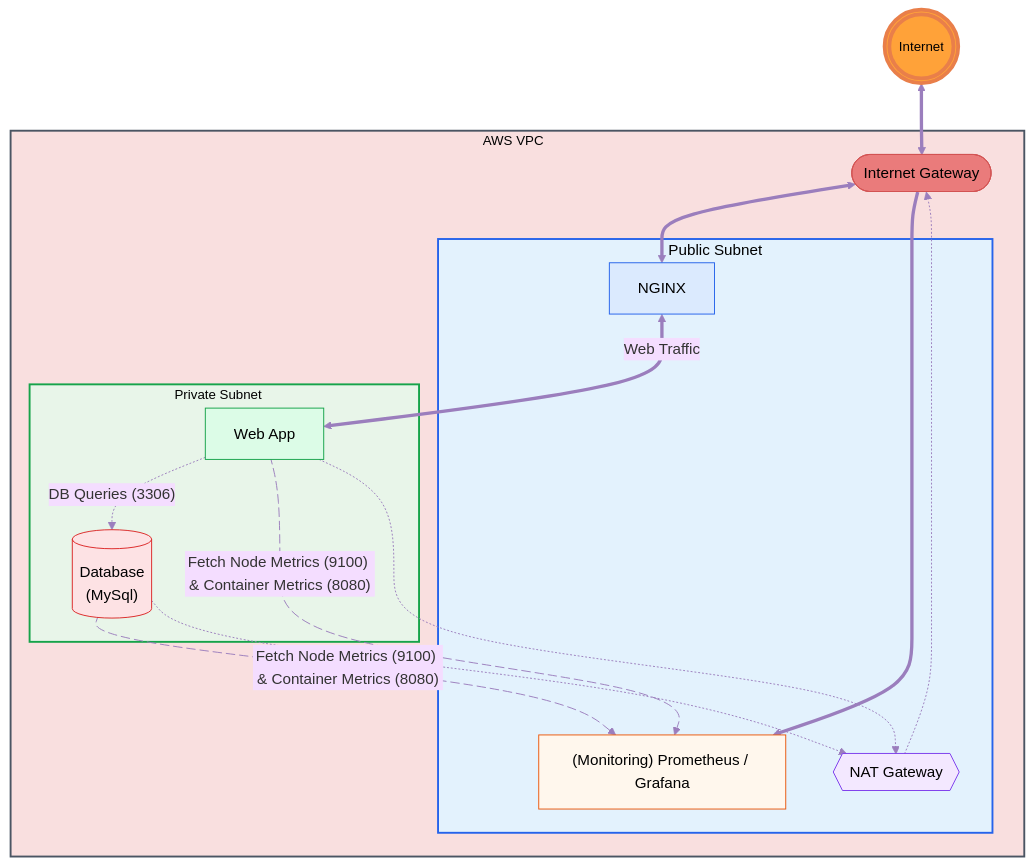
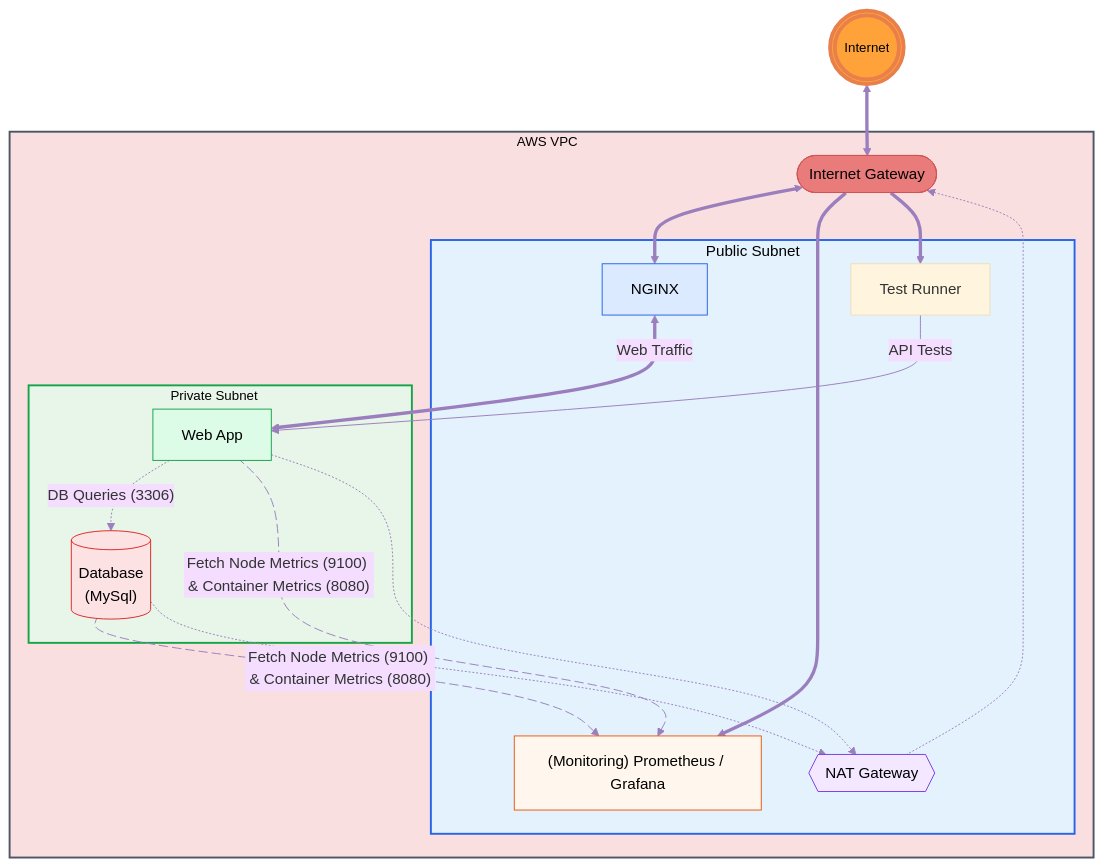
The diagram in README.md (Jazzar101/learning-terraform-3087701), drawn with Mermaid (base theme) before and after one commit.

Commit message:
Added testing node

````diff
--- a/README.md
+++ b/README.md
@@ -6,58 +6,61 @@
 ```mermaid
 flowchart TB
     Internet(((Internet)))
     subgraph VPC[AWS VPC]
         IGW([Internet Gateway])
         subgraph PublicSubnet[Public Subnet]
             NAT{{NAT Gateway}}
             NGINX[NGINX]
             Monitoring["(Monitoring) Prometheus / Grafana"]
+            Testing["Test Runner"]
         end
 
         subgraph PrivateSubnet[Private Subnet]
             App[Web App]
             DB[("Database\n(MySql)")]
         end
     end
 
     Internet <==> IGW
     IGW <==> NGINX
     NGINX <==>|Web Traffic| App
     App -.->|"DB Queries (3306)"| DB
     IGW ==> Monitoring
+    IGW ==> Testing
 
     App metricsApp@-->|"Fetch Node Metrics (9100) & Container Metrics (8080)"| Monitoring
     DB metricsDB@-->|"Fetch Node Metrics (9100) & Container Metrics (8080)"| Monitoring
-
+    Testing-->|"API Tests"| App
+    
     App -.-> NAT
     DB -.-> NAT
     NAT -.-> IGW
     
     metricsApp@{ animation: slow }    
     metricsDB@{ animation: slow }
 
     %% Node-only styling (GitHub safe)
     classDef ingress fill:#dbeafe,stroke:#2563eb,color:#000000
     classDef monitoring fill:#fff7ed,stroke:#ea580c,color:#000000
     classDef nat fill:#f3e8ff,stroke:#7c3aed,color:#000000
     classDef app fill:#dcfce7,stroke:#16a34a,color:#000000
     classDef db fill:#fde2e4,stroke:#dc2626,color:#000000
     classDef igw fill:#EA7B7B,stroke:#D25353,color:#000000
     classDef PublicSubnet fill:#e3f2fd,stroke:#2563eb
     classDef PrivateSubnet fill:#e8f5e9,stroke:#16a34a    
     classDef VPC fill:#F9DFDF,stroke:#4b5563,stroke-width:2px,color:#000000
 
     style VPC fill:#F9DFDF,stroke:#4b5563,stroke-width:2px,color:#000000,font-size:14px
     style PublicSubnet fill:#e3f2fd,stroke:#2563eb,stroke-width:2px,color:#000000,font-size:14x
     style PrivateSubnet fill:#e8f5e9,stroke:#16a34a,stroke-width:2px,color:#000000,font-size:14px
     style Internet fill:#FFA239,stroke:#E97F4A,stroke-width:4px,color:#000000,font-size:14px
 
     linkStyle default stroke:#9B7EBD
 
     class NGINX ingress
     class Monitoring monitoring
     class NAT nat
     class App app
     class DB db
     class IGW igw
 ```
````
